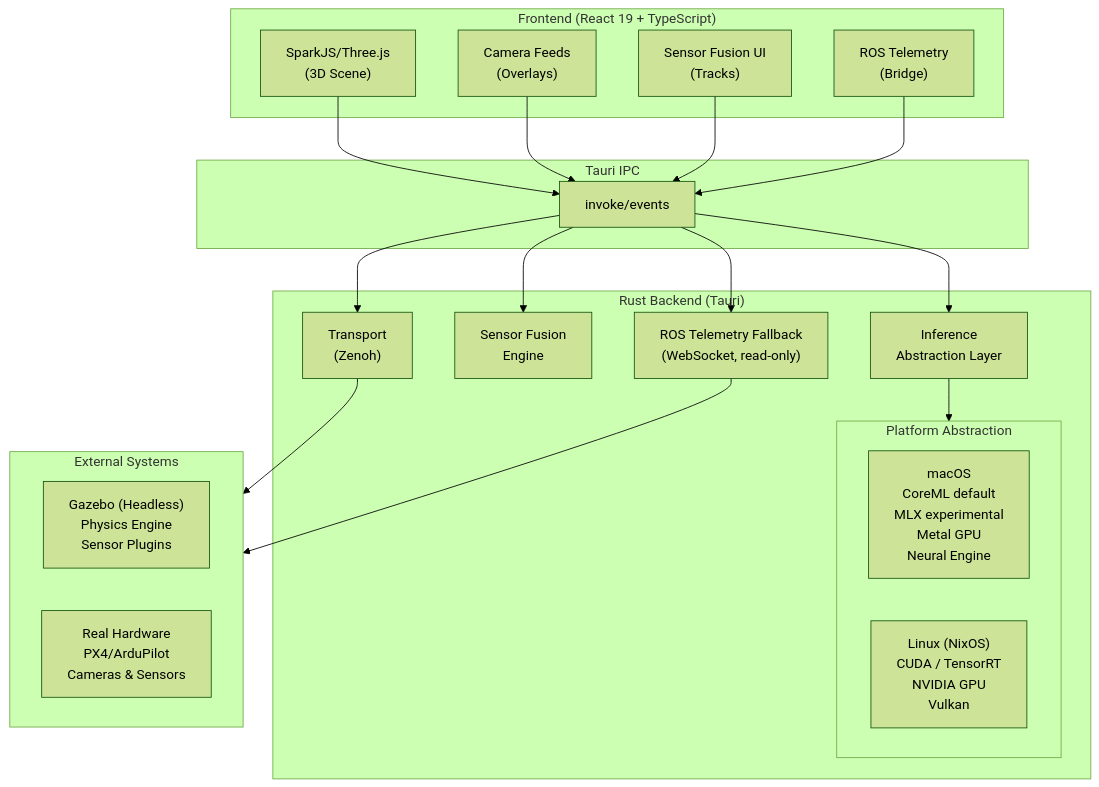
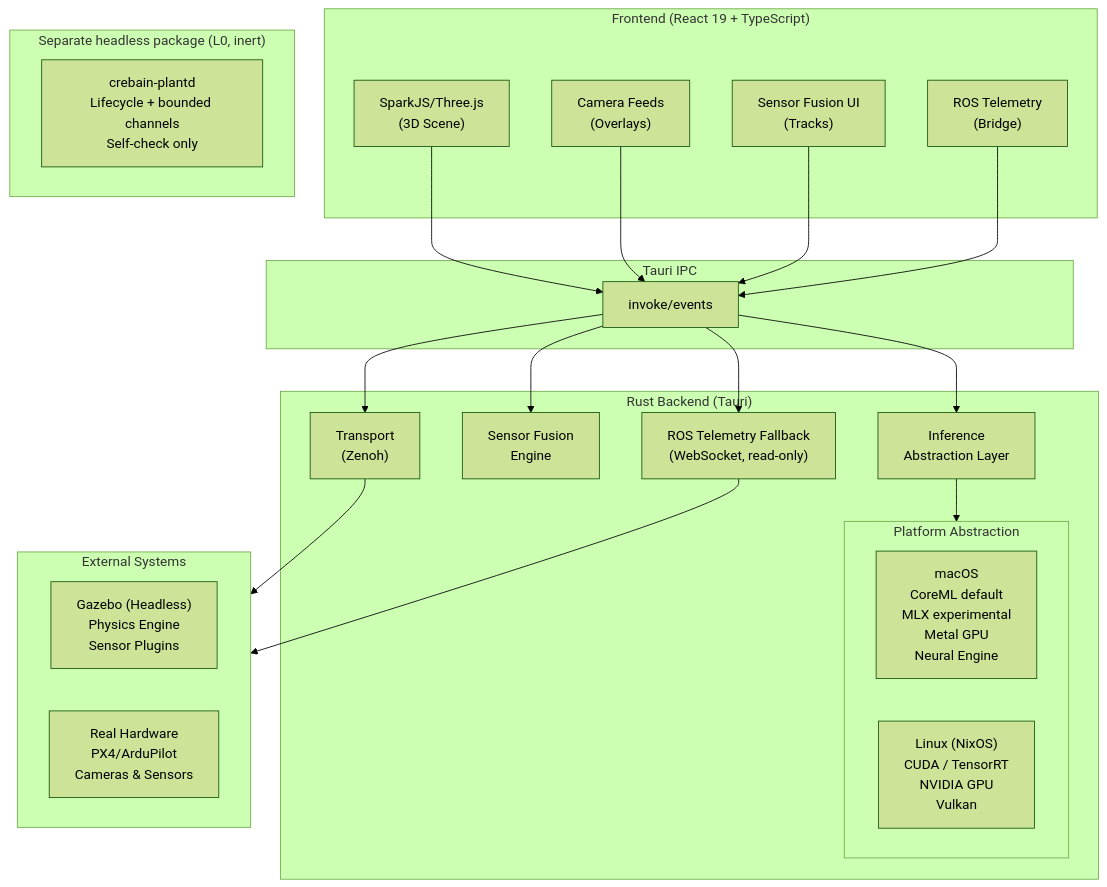
One commit to sepahead/crebain changed the first of 3 diagrams in docs/ARCHITECTURE.md. Above: the diagram before and after it, drawn with Mermaid (forest theme). The commit also changed other lines of this file and 33 other files, not shown here.

Commit message:
feat(plant): add inert headless authority kernel

````diff
--- a/docs/ARCHITECTURE.md
+++ b/docs/ARCHITECTURE.md
@@ -10,45 +10,49 @@
 ```mermaid
 graph TB
     subgraph Frontend["Frontend (React 19 + TypeScript)"]
         ThreeJS["SparkJS/Three.js<br/>(3D Scene)"]
         CameraFeeds["Camera Feeds<br/>(Overlays)"]
         FusionUI["Sensor Fusion UI<br/>(Tracks)"]
         ROSControls["ROS Telemetry<br/>(Bridge)"]
     end
 
     subgraph IPC["Tauri IPC"]
         Invoke["invoke/events"]
     end
 
     subgraph Backend["Rust Backend (Tauri)"]
         Inference["Inference<br/>Abstraction Layer"]
         SensorFusion["Sensor Fusion<br/>Engine"]
         Zenoh["Transport<br/>(Zenoh)"]
         ROSBridge["ROS Telemetry Fallback<br/>(WebSocket, read-only)"]
 
         subgraph Platform["Platform Abstraction"]
             macOS["macOS<br/>CoreML default<br/>MLX experimental<br/>Metal GPU<br/>Neural Engine"]
             Linux["Linux (NixOS)<br/>CUDA / TensorRT<br/>NVIDIA GPU<br/>Vulkan"]
         end
     end
 
+    subgraph PlantFoundation["Separate headless package (L0, inert)"]
+        Plantd["crebain-plantd<br/>Lifecycle + bounded channels<br/>Self-check only"]
+    end
+
     subgraph External["External Systems"]
         Gazebo["Gazebo (Headless)<br/>Physics Engine<br/>Sensor Plugins"]
         Hardware["Real Hardware<br/>PX4/ArduPilot<br/>Cameras & Sensors"]
     end
 
     ThreeJS --> Invoke
     CameraFeeds --> Invoke
     FusionUI --> Invoke
     ROSControls --> Invoke
 
     Invoke --> Inference
     Invoke --> SensorFusion
     Invoke --> Zenoh
     Invoke --> ROSBridge
 
     Inference --> Platform
 
     Zenoh --> External
     ROSBridge --> External
 ```
````
